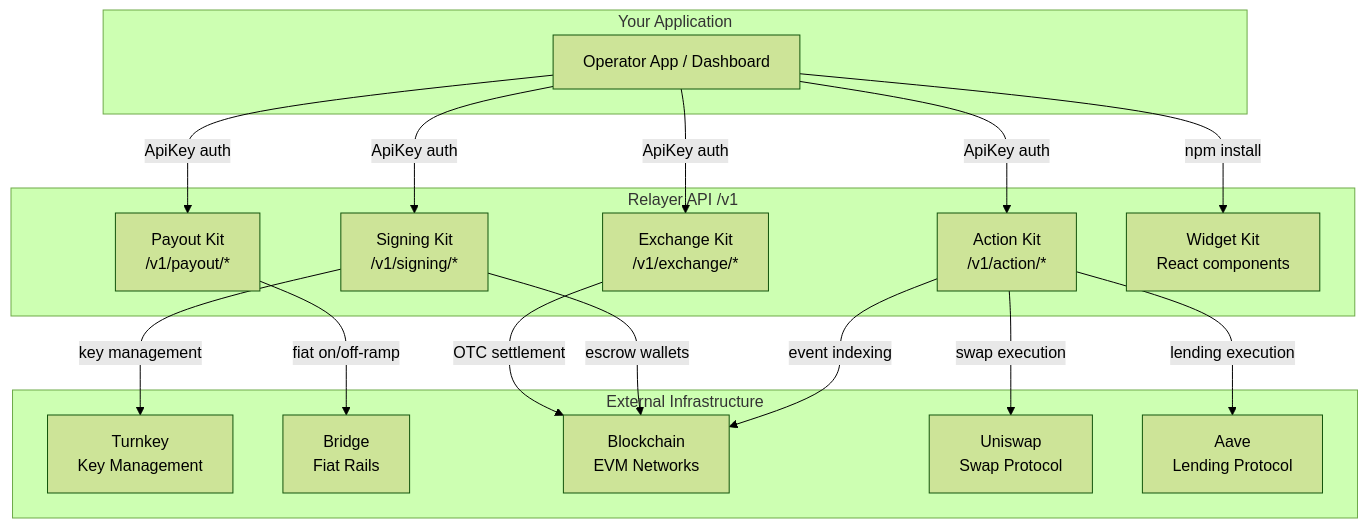
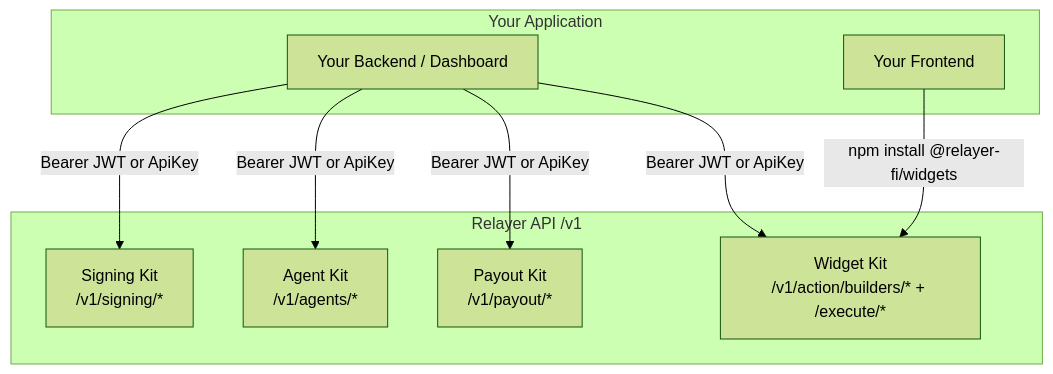
Before and after one commit to SherryLabs/docs: the first of 2 diagrams in shared/architecture.mdx, drawn with Mermaid (forest theme). The commit also changed other lines of this file and 3 other files, not shown here.

First line of the commit message:
docs(shared): add Auth & Custody model + scrub architecture/glossary/errors

````diff
--- a/shared/architecture.mdx
+++ b/shared/architecture.mdx
@@ -11,36 +11,20 @@
 ```mermaid
 graph TB
     subgraph "Your Application"
-        APP[Operator App / Dashboard]
+        APP[Your Backend / Dashboard]
+        FE[Your Frontend]
     end
 
     subgraph "Relayer API /v1"
-        EX[Exchange Kit<br/>/v1/exchange/*]
         SI[Signing Kit<br/>/v1/signing/*]
+        AG[Agent Kit<br/>/v1/agents/*]
         PA[Payout Kit<br/>/v1/payout/*]
-        AC[Action Kit<br/>/v1/action/*]
-        WI[Widget Kit<br/>React components]
+        WI[Widget Kit<br/>/v1/action/builders/* + /execute/*]
     end
 
-    subgraph "External Infrastructure"
-        TK[Turnkey<br/>Key Management]
-        BR[Bridge<br/>Fiat Rails]
-        BC[Blockchain<br/>EVM Networks]
-        UN[Uniswap<br/>Swap Protocol]
-        AA[Aave<br/>Lending Protocol]
-    end
-
-    APP -->|ApiKey auth| EX
-    APP -->|ApiKey auth| SI
-    APP -->|ApiKey auth| PA
-    APP -->|ApiKey auth| AC
-    APP -->|npm install| WI
-
-    EX -->|OTC settlement| BC
-    SI -->|key management| TK
-    SI -->|escrow wallets| BC
-    PA -->|fiat on/off-ramp| BR
-    AC -->|swap execution| UN
-    AC -->|lending execution| AA
-    AC -->|event indexing| BC
+    APP -->|Bearer JWT or ApiKey| SI
+    APP -->|Bearer JWT or ApiKey| AG
+    APP -->|Bearer JWT or ApiKey| PA
+    APP -->|Bearer JWT or ApiKey| WI
+    FE -->|npm install @relayer-fi/widgets| WI
 ```
````
